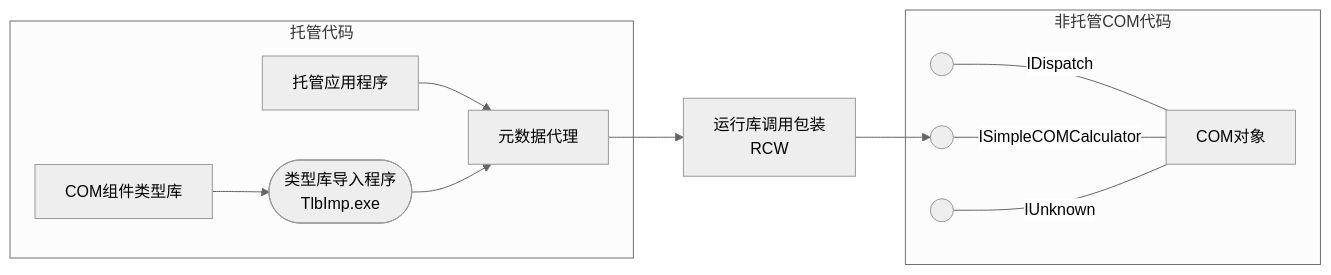
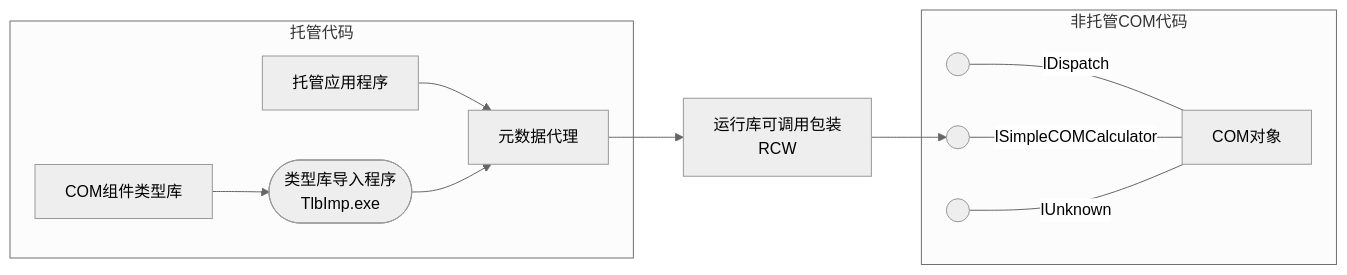
The third of 3 diagrams in source/_posts/CSharp与C++代码的互操作方式.md (Poker-sang/Poker-sang.github.io), drawn with Mermaid (neutral theme) before and after one commit.

```diff
--- a/source/_posts/CSharp与C++代码的互操作方式.md
+++ b/source/_posts/CSharp与C++代码的互操作方式.md
@@ -107,21 +107,21 @@
 {% mermaid %}
 flowchart LR
     X--IDispatch---F
     Y--ISimpleCOMCalculator---F
     Z--IUnknown---F
     A-->B
     C-->D-->B-->E-->Y
     subgraph 托管代码
         A[托管应用程序]
         B[元数据代理]
         C[COM组件类型库]
         D([类型库导入程序<br/>TlbImp.exe])
     end
-    E[运行库调用包装<br/>RCW]
+    E[运行库可调用包装<br/>RCW]
     subgraph 非托管COM代码
         F[COM对象]
         X((&ensp;))
         Y((&ensp;))
         Z((&ensp;))
     end
 {% endmermaid %}
```
